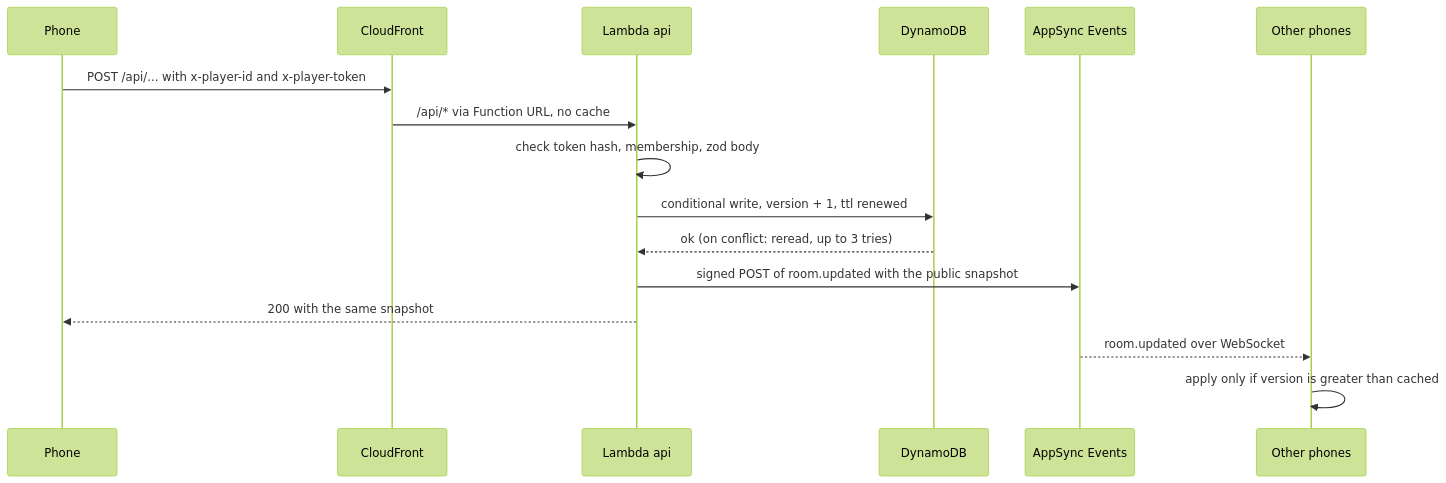
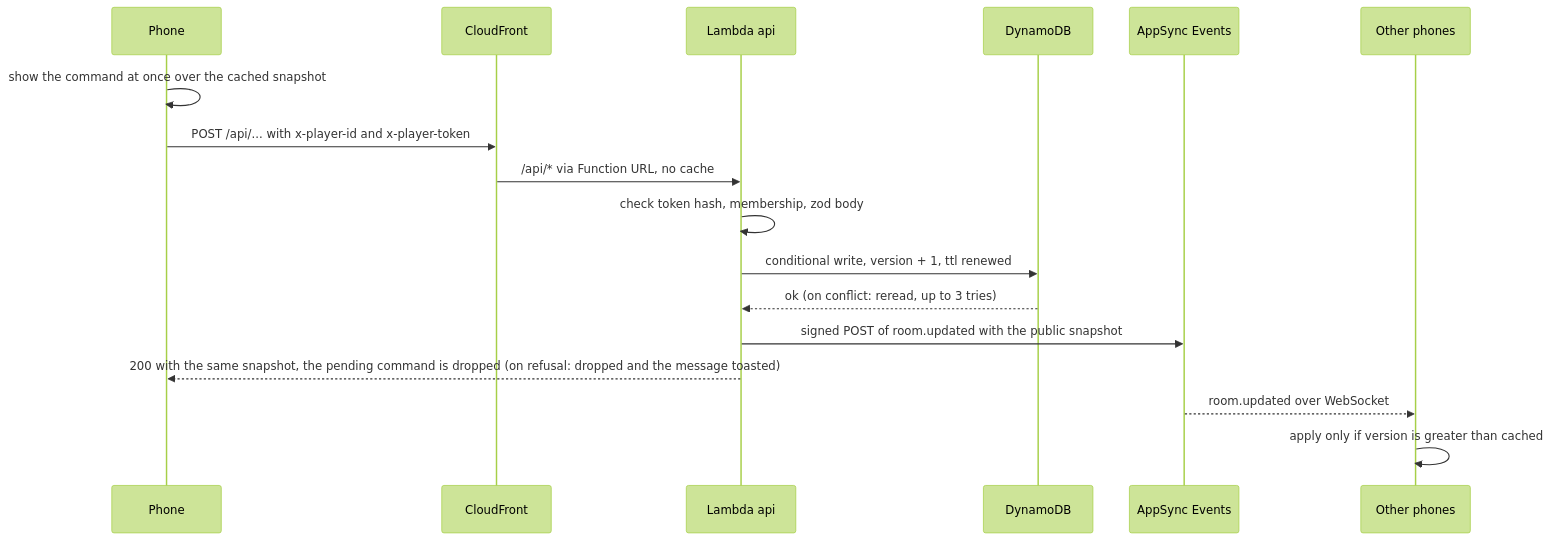
Before and after one commit to sebasfles/family-night: the first of 2 diagrams in docs/modules/platform/flows.md, drawn with Mermaid (forest theme). The commit also changed other lines of this file and 145 other files, not shown here.

````diff
--- a/docs/modules/platform/flows.md
+++ b/docs/modules/platform/flows.md
@@ -12,18 +12,19 @@
 ```mermaid
 sequenceDiagram
   participant P as Phone
   participant C as CloudFront
   participant L as Lambda api
   participant D as DynamoDB
   participant E as AppSync Events
   participant O as Other phones
+  P->>P: show the command at once over the cached snapshot
   P->>C: POST /api/... with x-player-id and x-player-token
   C->>L: /api/* via Function URL, no cache
   L->>L: check token hash, membership, zod body
   L->>D: conditional write, version + 1, ttl renewed
   D-->>L: ok (on conflict: reread, up to 3 tries)
   L->>E: signed POST of room.updated with the public snapshot
-  L-->>P: 200 with the same snapshot
+  L-->>P: 200 with the same snapshot, the pending command is dropped (on refusal: dropped and the message toasted)
   E-->>O: room.updated over WebSocket
   O->>O: apply only if version is greater than cached
 ```
````
